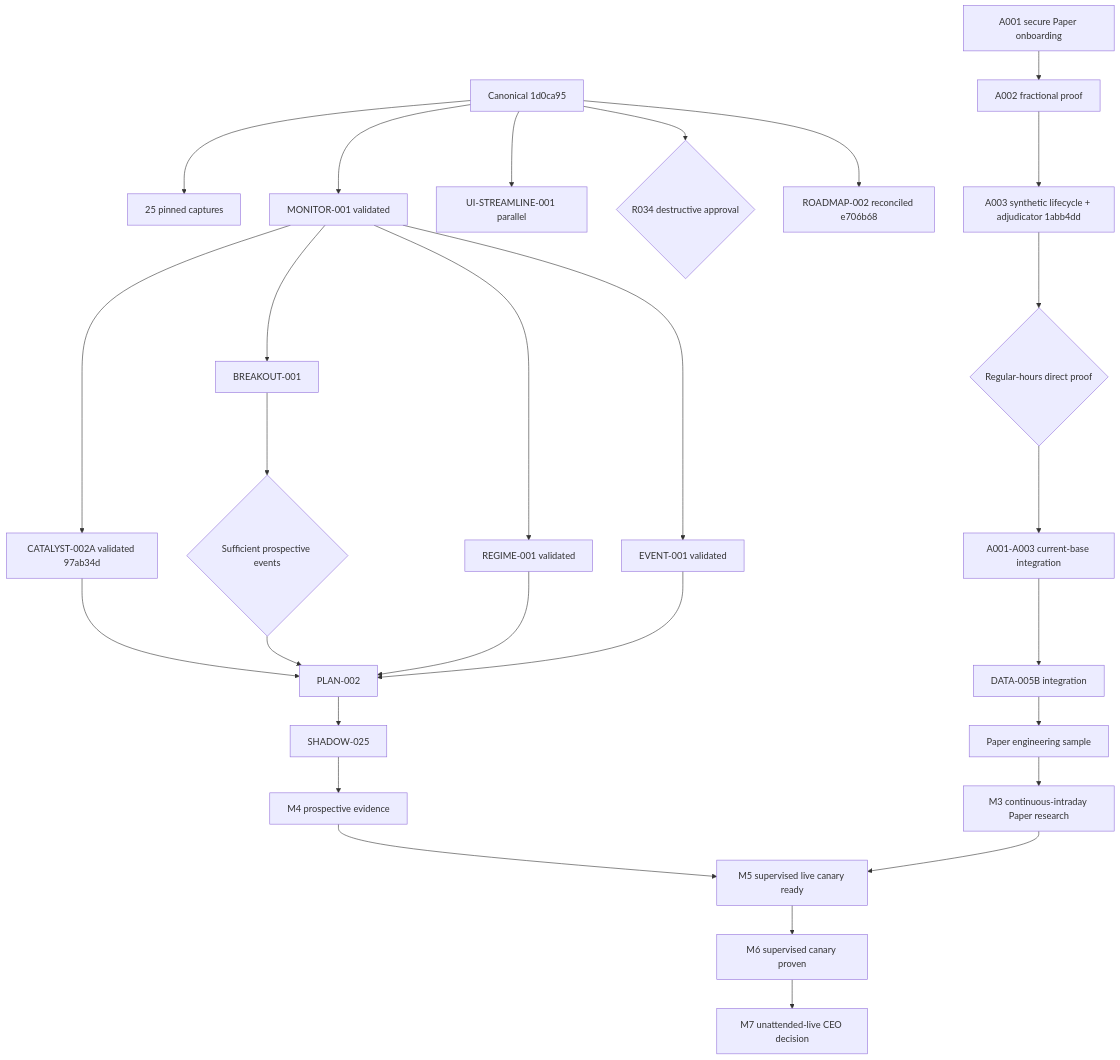
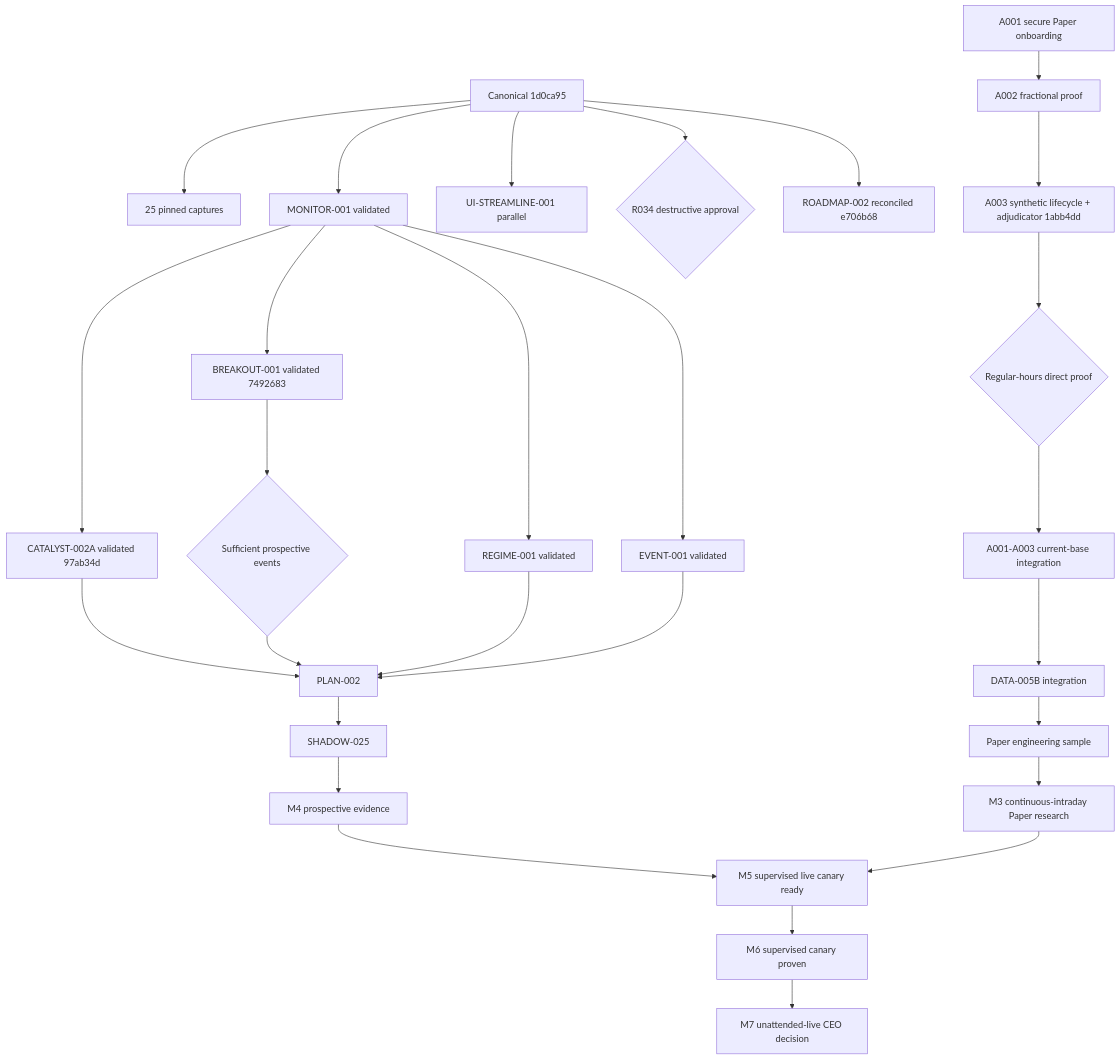
Before and after one commit to glas-zz-sfrog/Momentum-Hunter: the diagram in docs/argus-office/ROADMAP.md, drawn with Mermaid. The commit also changed other lines of this file, not shown here.

Commit message:
Advance roadmap after breakout research

````diff
--- a/docs/argus-office/ROADMAP.md
+++ b/docs/argus-office/ROADMAP.md
@@ -526,34 +527,34 @@
 ```mermaid
 flowchart TD
     MASTER[Canonical 1d0ca95] --> RUNTIME[25 pinned captures]
 
     A001[A001 secure Paper onboarding] --> A002[A002 fractional proof]
     A002 --> A003CODE[A003 synthetic lifecycle + adjudicator 1abb4dd]
     A003CODE --> A003LIVE{Regular-hours direct proof}
     A003LIVE --> A003INT[A001-A003 current-base integration]
     A003INT --> D5BINT[DATA-005B integration]
     D5BINT --> PAPERENG[Paper engineering sample]
 
     MASTER --> MON[MONITOR-001 validated]
     MON --> CAT[CATALYST-002A validated 97ab34d]
-    MON --> BR1[BREAKOUT-001]
+    MON --> BR1[BREAKOUT-001 validated 7492683]
     BR1 --> BR2{Sufficient prospective events}
     BR2 --> PLAN[PLAN-002]
     MON --> REG[REGIME-001 validated]
     MON --> EVT[EVENT-001 validated]
     CAT --> PLAN
     REG --> PLAN
     EVT --> PLAN
     PLAN --> SH25[SHADOW-025]
 
     PAPERENG --> M3[M3 continuous-intraday Paper research]
     SH25 --> M4[M4 prospective evidence]
     M3 --> M5[M5 supervised live canary ready]
     M4 --> M5
     M5 --> M6[M6 supervised canary proven]
     M6 --> M7[M7 unattended-live CEO decision]
 
     MASTER --> UI[UI-STREAMLINE-001 parallel]
     MASTER --> R034{R034 destructive approval}
     MASTER --> RM2[ROADMAP-002 reconciled e706b68]
 ```
````
